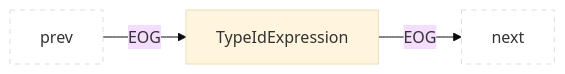
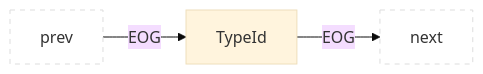
One commit to Fraunhofer-AISEC/cpg changed diagram 48 of 49 in docs/docs/CPG/specs/eog.md. Above: the diagram before and after it, drawn with Mermaid (base theme). The commit also changed other lines of this file and 219 other files, not shown here.

````diff
--- a/docs/docs/CPG/specs/eog.md
+++ b/docs/docs/CPG/specs/eog.md
@@ -934,6 +934,6 @@
 ```mermaid
 flowchart LR
   classDef outer fill:#fff,stroke:#ddd,stroke-dasharray:5 5;
-  prev:::outer --EOG--> parent["TypeIdExpression"]
+  prev:::outer --EOG--> parent["TypeId"]
   parent --EOG--> next:::outer
 ```
````
